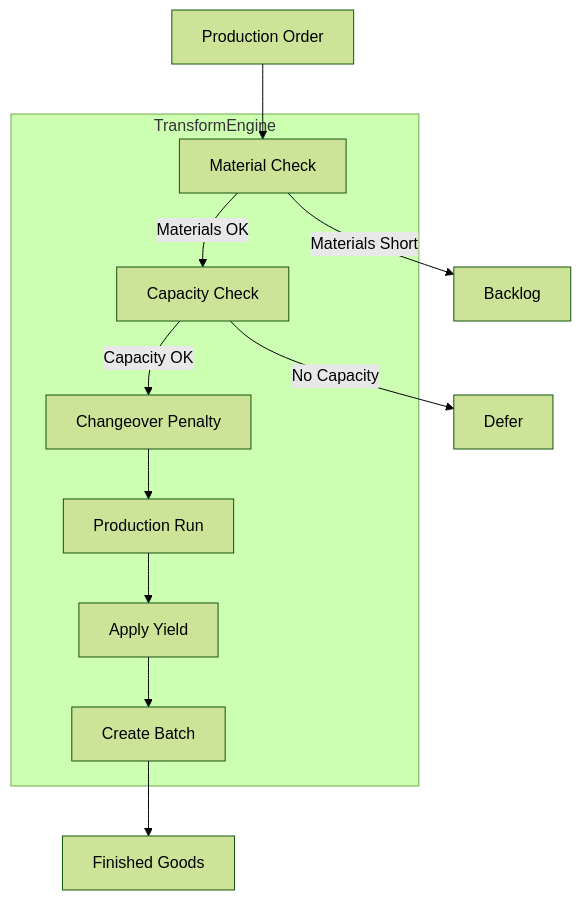
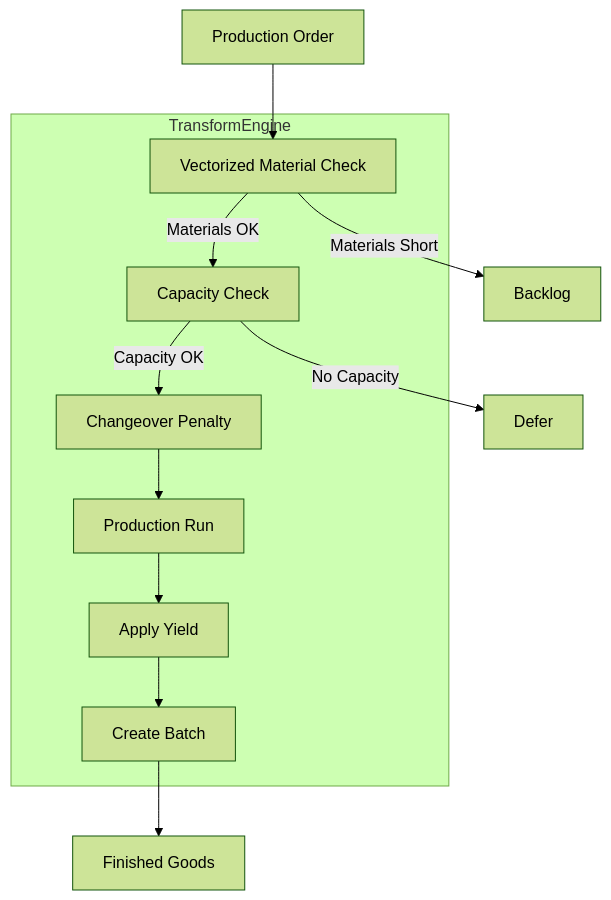
Before and after one commit to mcfitzgerald/fmcg_sc_data_synth: the third of 11 diagrams in docs/architecture/components.md, drawn with Mermaid (forest theme). The commit also changed other lines of this file and 2 other files, not shown here.

````diff
--- a/docs/architecture/components.md
+++ b/docs/architecture/components.md
@@ -80,21 +80,21 @@
 ```mermaid
 flowchart TB
     subgraph TransformEngine
-        MO[Material Check]
+        MO[Vectorized Material Check]
         CAP[Capacity Check]
         CO[Changeover Penalty]
         PROD[Production Run]
         YIELD[Apply Yield]
         BATCH[Create Batch]
     end
 
     PO[Production Order] --> MO
     MO -->|Materials OK| CAP
     MO -->|Materials Short| BACKLOG[Backlog]
     CAP -->|Capacity OK| CO
     CAP -->|No Capacity| DEFER[Defer]
     CO --> PROD
     PROD --> YIELD
     YIELD --> BATCH
     BATCH --> FG[Finished Goods]
 ```
````
